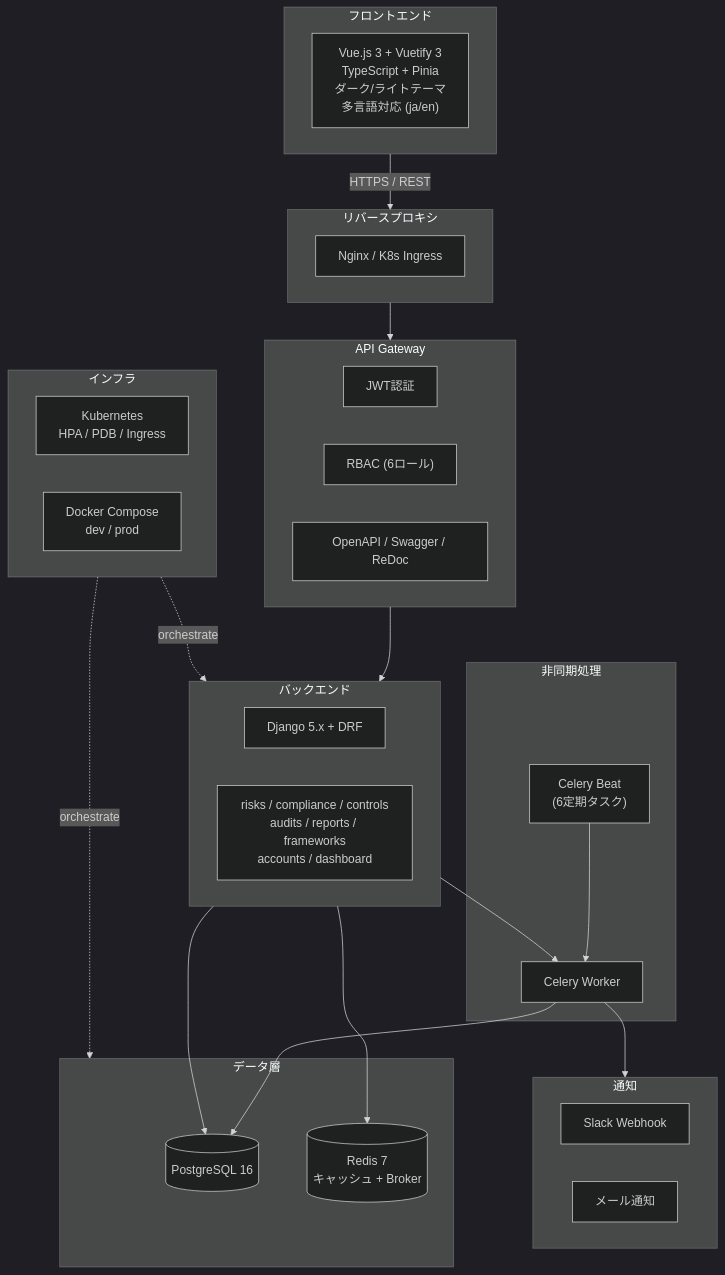
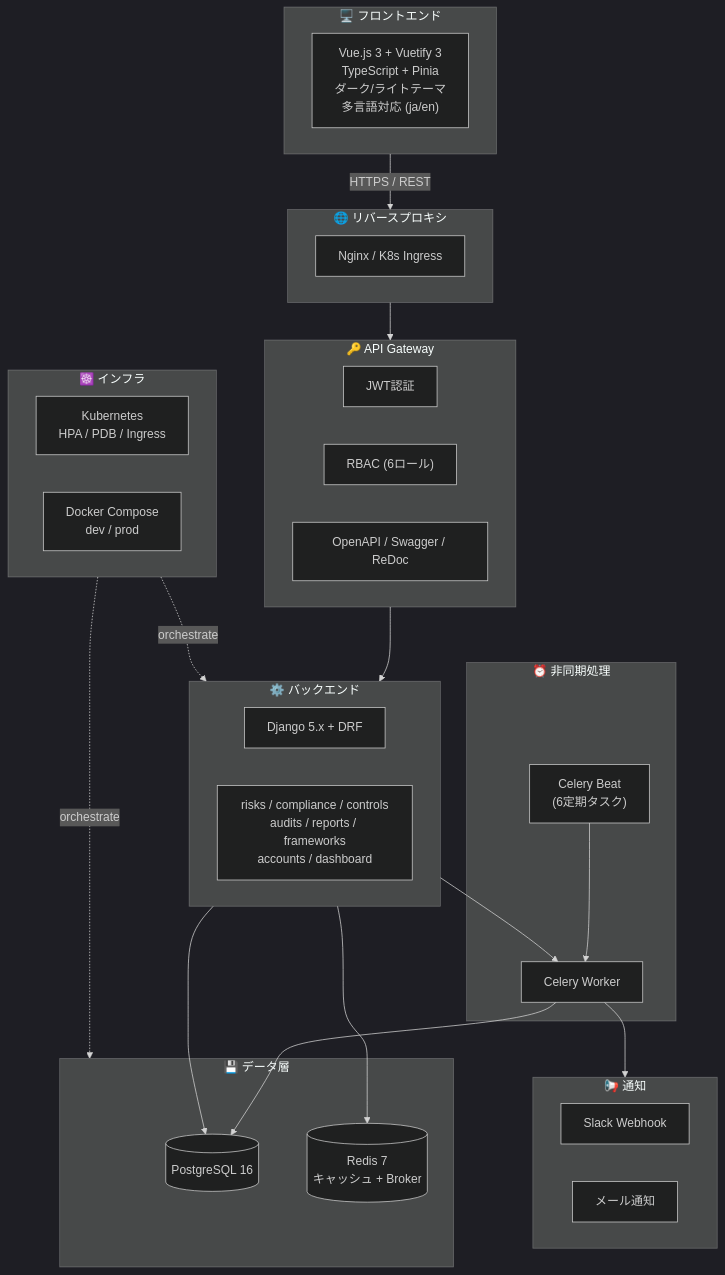
The first of 4 diagrams in README.md (Kensan196948G/Construction-GRC-System), drawn with Mermaid (dark theme) before and after one commit. The commit also changed other lines of this file and 1 other file, not shown here.

First line of the commit message:
docs: README.md大幅改善 — Mermaidダイアグラム・バッジ・表形式化

````diff
--- a/README.md
+++ b/README.md
@@ -61,53 +93,53 @@
 ```mermaid
 graph TD
-    subgraph Client["フロントエンド"]
+    subgraph Client["🖥️ フロントエンド"]
         VUE["Vue.js 3 + Vuetify 3<br/>TypeScript + Pinia<br/>ダーク/ライトテーマ<br/>多言語対応 (ja/en)"]
     end
 
-    subgraph Ingress["リバースプロキシ"]
+    subgraph Ingress["🌐 リバースプロキシ"]
         NGINX["Nginx / K8s Ingress"]
     end
 
-    subgraph API["API Gateway"]
+    subgraph API["🔑 API Gateway"]
         JWT["JWT認証"]
         RBAC["RBAC (6ロール)"]
         SWAGGER["OpenAPI / Swagger / ReDoc"]
     end
 
-    subgraph Backend["バックエンド"]
+    subgraph Backend["⚙️ バックエンド"]
         DJANGO["Django 5.x + DRF"]
         APPS["risks / compliance / controls<br/>audits / reports / frameworks<br/>accounts / dashboard"]
     end
 
-    subgraph Workers["非同期処理"]
+    subgraph Workers["⏰ 非同期処理"]
         CELERY["Celery Worker"]
         BEAT["Celery Beat<br/>(6定期タスク)"]
     end
 
-    subgraph Notify["通知"]
+    subgraph Notify["📢 通知"]
         SLACK["Slack Webhook"]
         EMAIL["メール通知"]
     end
 
-    subgraph Data["データ層"]
+    subgraph Data["💾 データ層"]
         PG[("PostgreSQL 16")]
         REDIS[("Redis 7<br/>キャッシュ + Broker")]
     end
 
-    subgraph Infra["インフラ"]
+    subgraph Infra["☸️ インフラ"]
         K8S["Kubernetes<br/>HPA / PDB / Ingress"]
         DOCKER["Docker Compose<br/>dev / prod"]
     end
 
     Client -->|HTTPS / REST| Ingress
     Ingress --> API
     API --> Backend
     Backend --> PG
     Backend --> REDIS
     Backend --> CELERY
     BEAT --> CELERY
     CELERY --> PG
     CELERY --> Notify
     Infra -.->|orchestrate| Backend
     Infra -.->|orchestrate| Data
 ```
````
